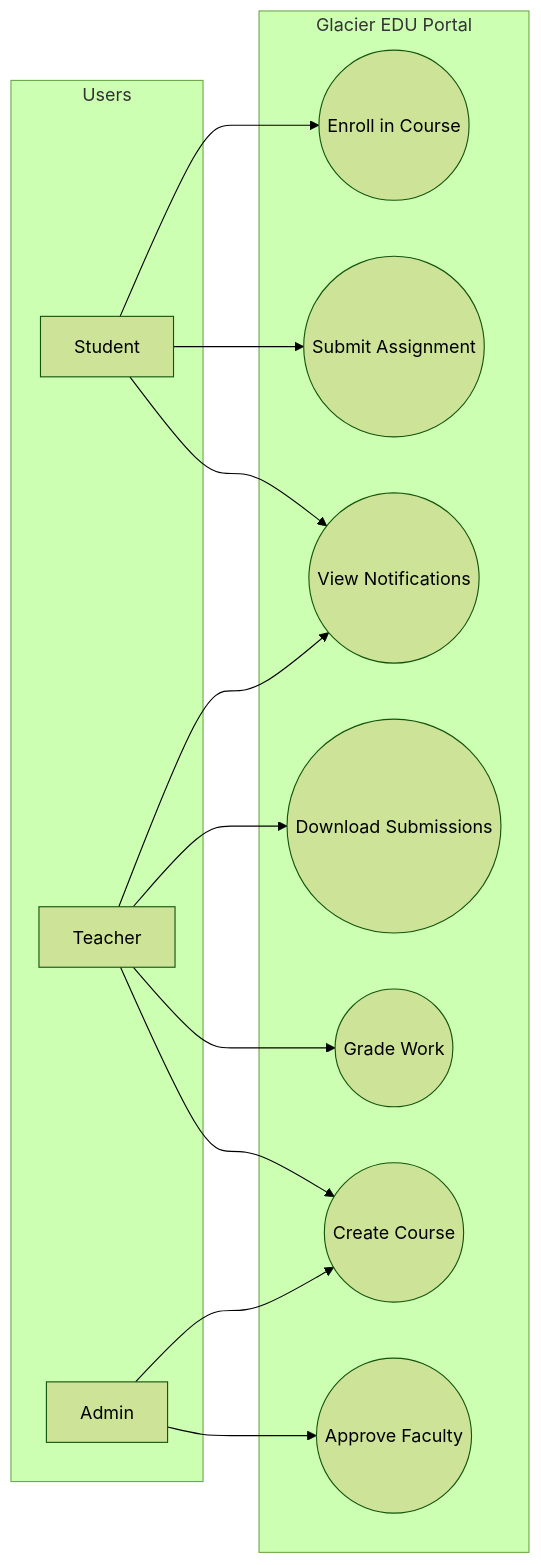
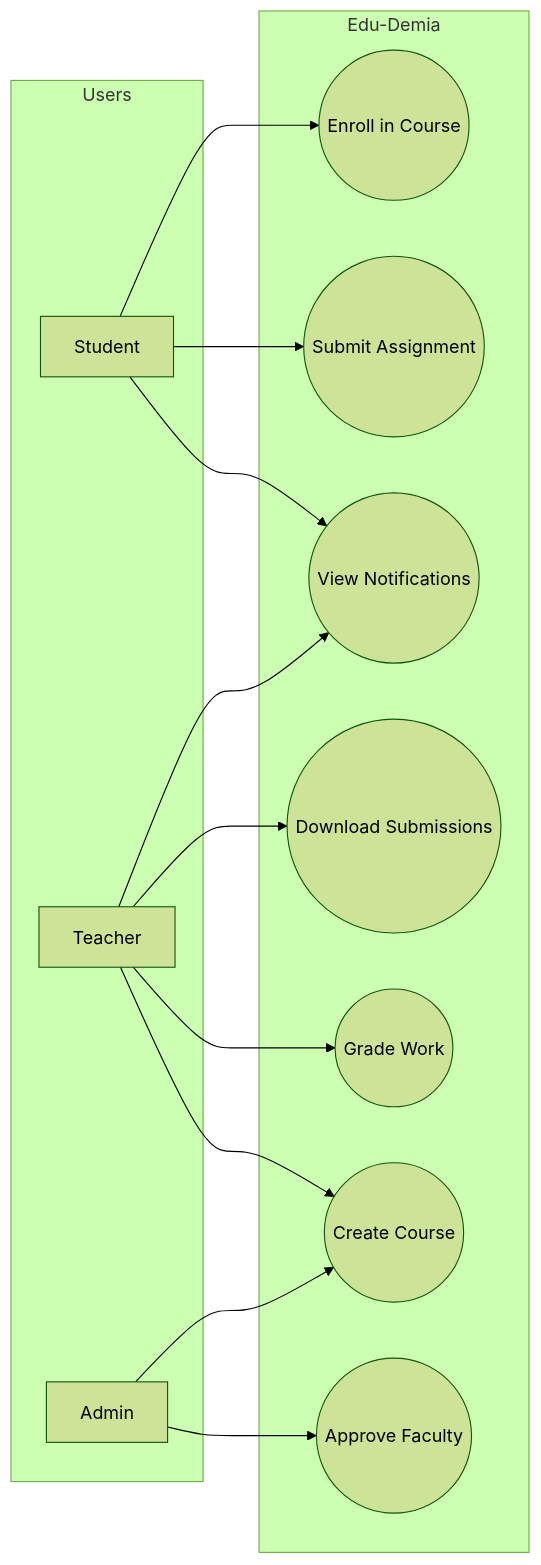
One commit to DarkMInato-bit/Edu-demia changed the second of 6 diagrams in README.md. Above: the diagram before and after it, drawn with Mermaid (forest theme). The commit also changed other lines of this file, not shown here.

````diff
--- a/README.md
+++ b/README.md
@@ -79,30 +79,30 @@
 ```mermaid
 graph LR
     subgraph Users
         S[Student]
         T[Teacher]
         A[Admin]
     end
 
-    subgraph "Glacier EDU Portal"
+    subgraph "Edu-Demia"
         UC1((Enroll in Course))
         UC2((Submit Assignment))
         UC3((View Notifications))
         UC4((Download Submissions))
         UC5((Grade Work))
         UC6((Create Course))
         UC7((Approve Faculty))
     end
 
     S --> UC1
     S --> UC2
     S --> UC3
 
     T --> UC4
     T --> UC5
     T --> UC6
     T --> UC3
 
     A --> UC7
     A --> UC6
 ```
````
